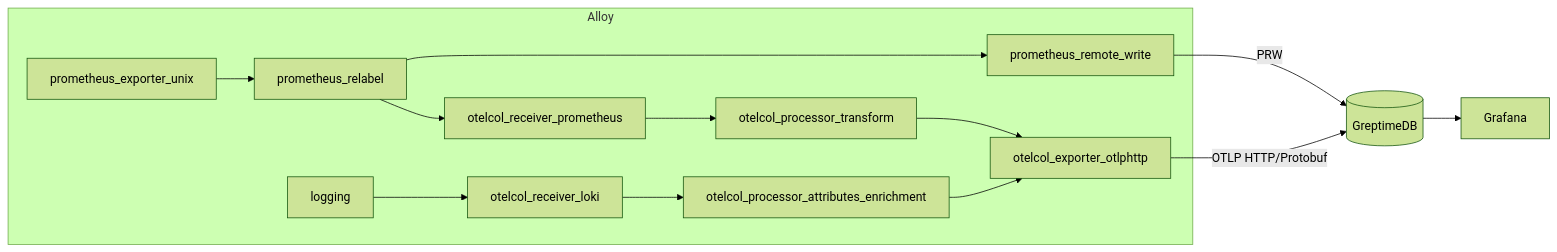
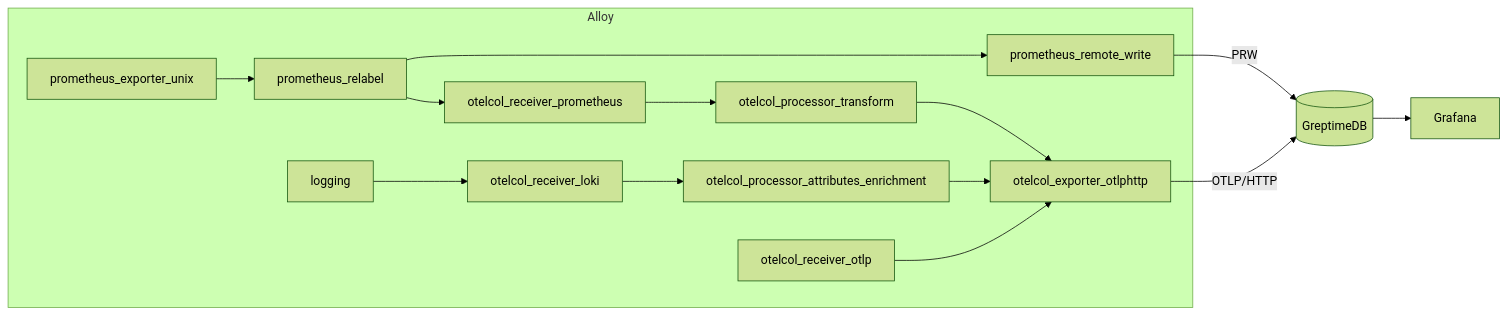
One commit to GreptimeTeam/demo-scene changed the diagram in grafana-alloy/README.md. Above: the diagram before and after it, drawn with Mermaid (forest theme). The commit also changed 2 other files, not shown here.

Commit message:
feat: update alloy example add trace in/out (#87)

````diff
--- a/grafana-alloy/README.md
+++ b/grafana-alloy/README.md
@@ -79,23 +79,25 @@
 ```mermaid
 flowchart LR
   greptimedb[(GreptimeDB)]
   grafana[Grafana]
 
   subgraph alloy[Alloy]
     prometheus_exporter_unix --> prometheus_relabel
     prometheus_relabel --> prometheus_remote_write
 
     prometheus_relabel --> otelcol_receiver_prometheus
     otelcol_receiver_prometheus --> otelcol_processor_transform
     otelcol_processor_transform --> otelcol_exporter_otlphttp
 
     logging --> otelcol_receiver_loki
     otelcol_receiver_loki --> otelcol_processor_attributes_enrichment
     otelcol_processor_attributes_enrichment --> otelcol_exporter_otlphttp
+
+    otelcol_receiver_otlp --> otelcol_exporter_otlphttp
   end
 
   prometheus_remote_write --> |PRW| greptimedb
-  otelcol_exporter_otlphttp --> |OTLP HTTP/Protobuf| greptimedb
+  otelcol_exporter_otlphttp --> |OTLP/HTTP| greptimedb
 
   greptimedb --> grafana
 ```
````
